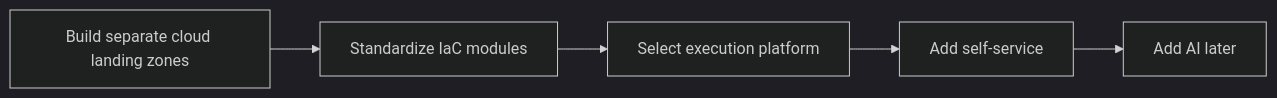
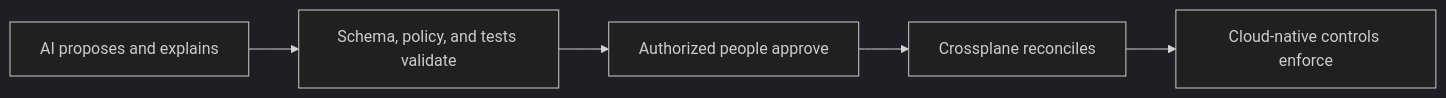
Before and after one commit to SAABOLImpactVenture/ai-powered-infrastructure-as-a-product: the second of 4 diagrams in README.md, drawn with Mermaid (dark theme). The commit also changed other lines of this file and 1052 other files, not shown here.

First line of the commit message:
Supersede legacy accelerator stack with modern IaaP reference architecture (#91)

````diff
--- a/README.md
+++ b/README.md
@@ -96,7 +64,7 @@
 ```mermaid
 flowchart LR
-  A1[Build separate cloud landing zones] --> A2[Standardize IaC modules]
-  A2 --> A3[Select execution platform]
-  A3 --> A4[Add self-service]
-  A4 --> A5[Add AI later]
+  A[AI proposes and explains] --> D[Schema, policy, and tests validate]
+  D --> H[Authorized people approve]
+  H --> X[Crossplane reconciles]
+  X --> C[Cloud-native controls enforce]
 ```
````
